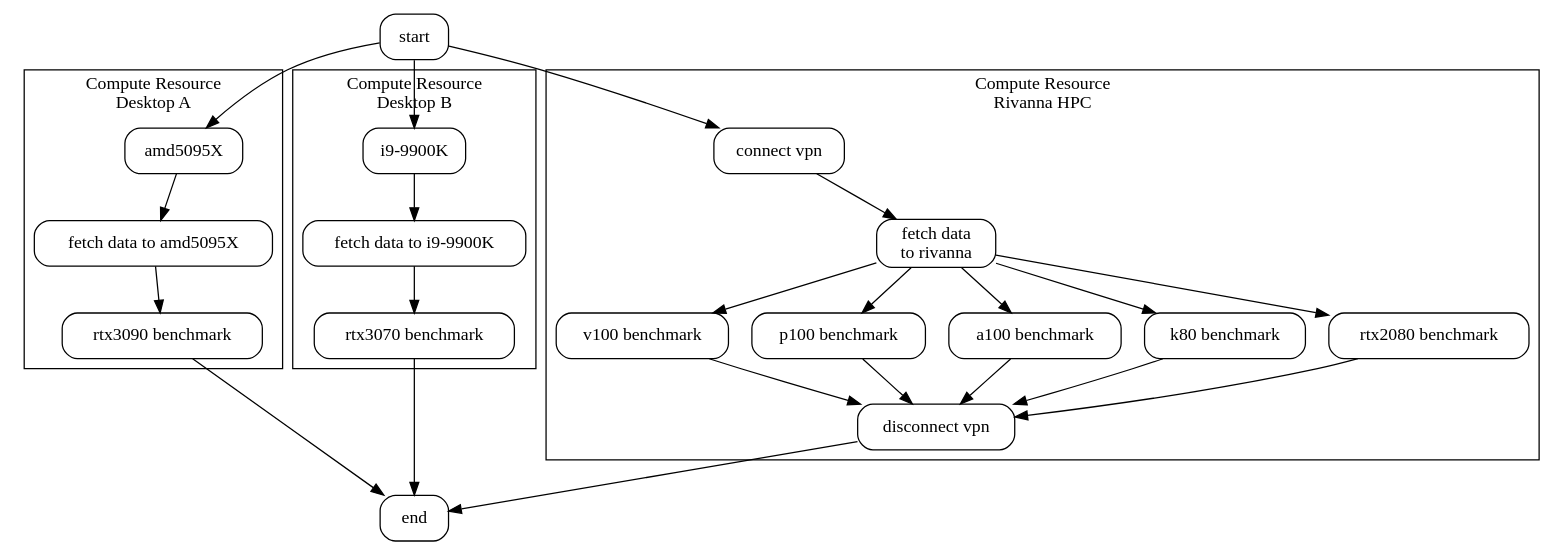
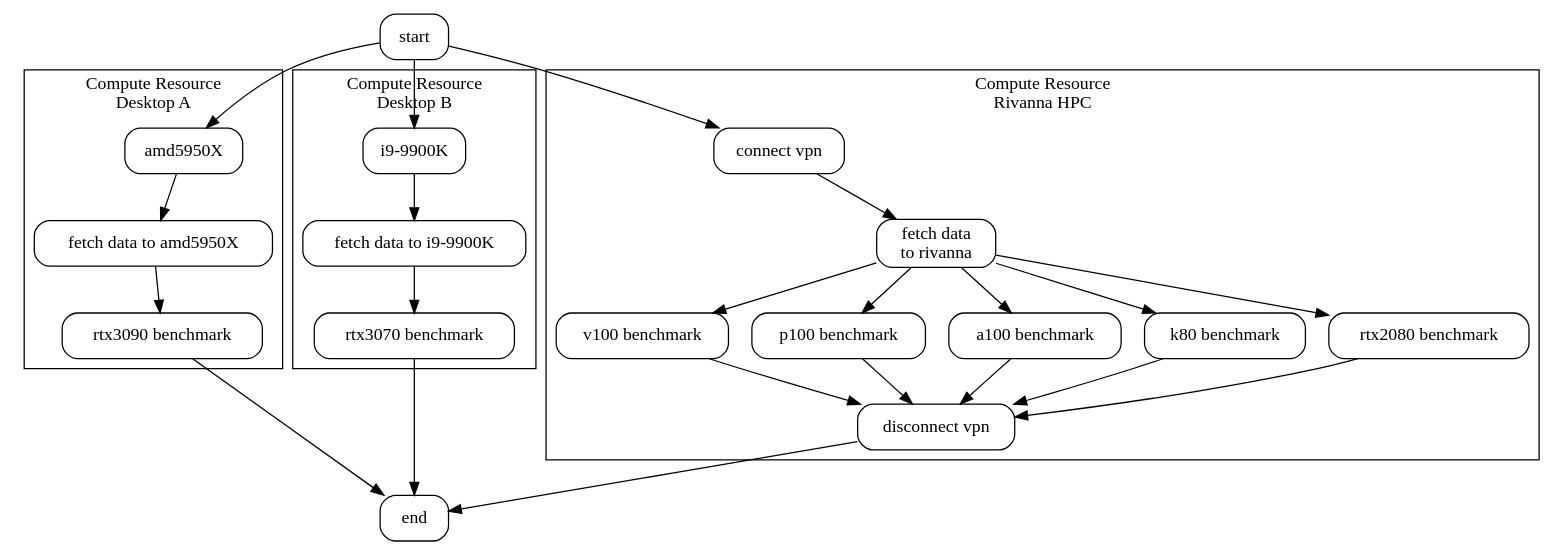
The diagram in images/cloudmask-wf.dot (cyberaide/cloudmesh-cc-paper), drawn with Graphviz before and after one commit. The commit also changed 1 other file, not shown here.

```diff
--- a/images/cloudmask-wf.dot
+++ b/images/cloudmask-wf.dot
@@ -1,29 +1,29 @@
 strict digraph {
      rankdir=TB;
      node [shape=box style=rounded];
-     start -> amd5095X
+     start -> amd5950X
      subgraph cluster_0 {
          label = "Compute Resource \n Desktop A";
-      amd5095X -> "fetch data to amd5095X" -> "rtx3090 benchmark";
+      amd5950X -> "fetch data to amd5950X" -> "rtx3090 benchmark";
      }
      "rtx3090 benchmark" -> end;
      
      start -> "i9-9900K"
      subgraph cluster_1 {
          label = "Compute Resource \n Desktop B";
      "i9-9900K" -> "fetch data to i9-9900K" -> "rtx3070 benchmark";   
      }
      "rtx3070 benchmark" -> end;
      
      start -> "connect vpn";
      subgraph cluster_2 {
          label = "Compute Resource \n Rivanna HPC";
       "connect vpn" -> "fetch data \n to rivanna" -> "v100 benchmark" -> "disconnect vpn";
       "fetch data \n to rivanna" -> "p100 benchmark" ->  "disconnect vpn";
       "fetch data \n to rivanna" -> "a100 benchmark" ->  "disconnect vpn";
       "fetch data \n to rivanna" -> "k80 benchmark" ->  "disconnect vpn";
       "fetch data \n to rivanna" -> "rtx2080 benchmark" ->  "disconnect vpn";
      }
      "disconnect vpn" -> end; 
      
     }
```
